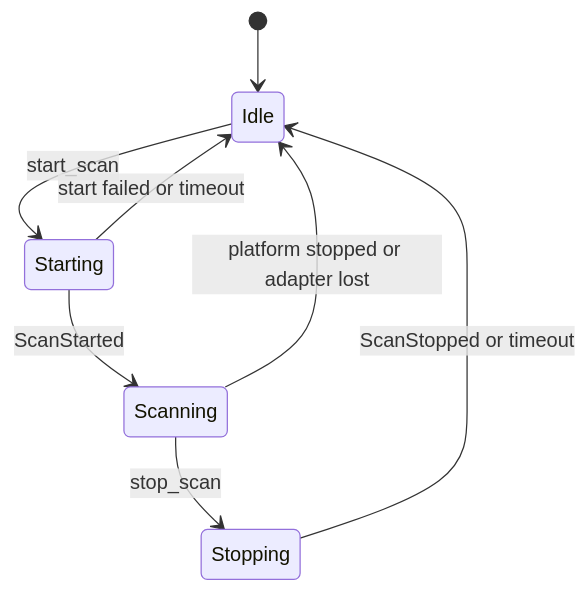
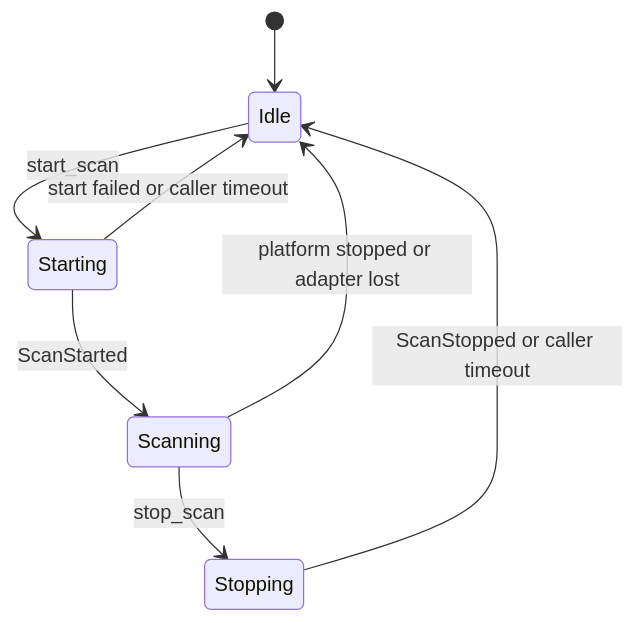
The third of 9 diagrams in .plan/PLAN.md (VIDLG/blengine), drawn with Mermaid before and after one commit. The commit also changed other lines of this file and 17 other files, not shown here.

Commit message:
Approve BleHub architecture plan

````diff
--- a/.plan/PLAN.md
+++ b/.plan/PLAN.md
@@ -1349,10 +1406,10 @@
 ```mermaid
 stateDiagram-v2
     [*] --> Idle
     Idle --> Starting: start_scan
     Starting --> Scanning: ScanStarted
-    Starting --> Idle: start failed or timeout
+    Starting --> Idle: start failed or caller timeout
     Scanning --> Stopping: stop_scan
     Scanning --> Idle: platform stopped or adapter lost
-    Stopping --> Idle: ScanStopped or timeout
+    Stopping --> Idle: ScanStopped or caller timeout
 ```
````
